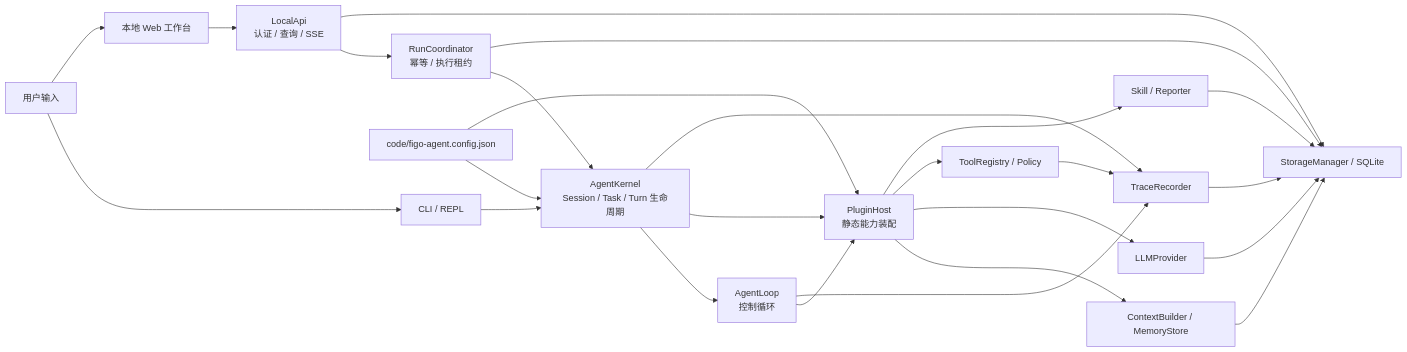
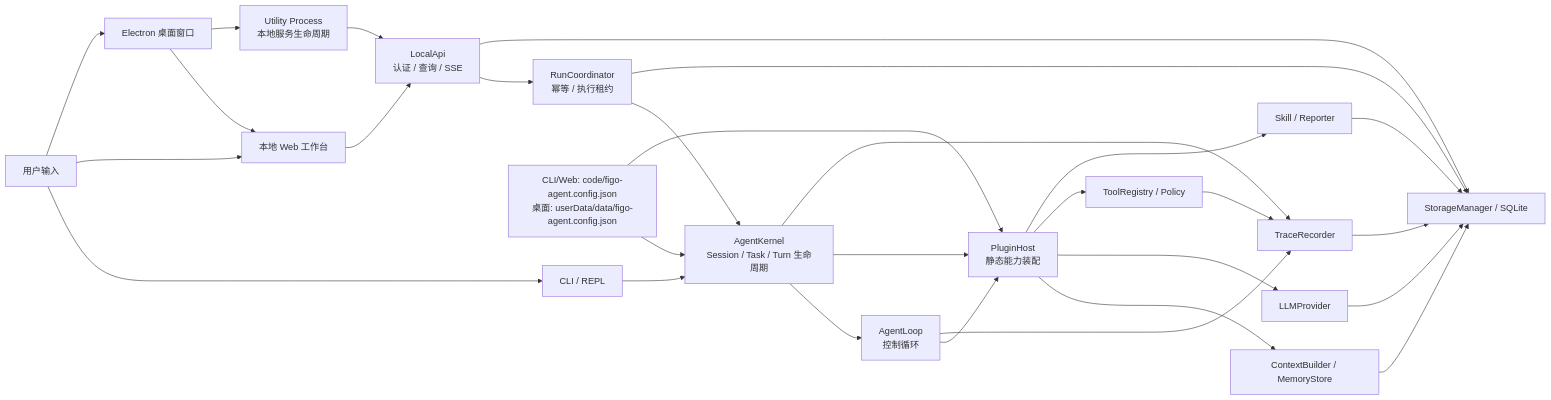
One commit to hfqf/figo-agent changed the first of 3 diagrams in readme.md. Above: the diagram before and after it, drawn with Mermaid. The commit also changed other lines of this file and 69 other files, not shown here.

````diff
--- a/readme.md
+++ b/readme.md
@@ -75,27 +87,31 @@
 ```mermaid
 flowchart LR
   User["用户输入"] --> CLI["CLI / REPL"]
   User --> Web["本地 Web 工作台"]
+  User --> Desktop["Electron 桌面窗口"]
+  Desktop --> Web
+  Desktop --> Service["Utility Process<br/>本地服务生命周期"]
+  Service --> API
   Web --> API["LocalApi<br/>认证 / 查询 / SSE"]
   API --> Run["RunCoordinator<br/>幂等 / 执行租约"]
   CLI --> Kernel["AgentKernel<br/>Session / Task / Turn 生命周期"]
   Run --> Kernel
   Kernel --> Loop["AgentLoop<br/>控制循环"]
   Kernel --> Host["PluginHost<br/>静态能力装配"]
   Loop --> Host
   Host --> Context["ContextBuilder / MemoryStore"]
   Host --> Model["LLMProvider"]
   Host --> Tools["ToolRegistry / Policy"]
   Host --> Skill["Skill / Reporter"]
   Kernel --> Trace["TraceRecorder"]
   Loop --> Trace
   Context --> Storage["StorageManager / SQLite"]
   Model --> Storage
   Tools --> Trace
   Skill --> Storage
   Trace --> Storage
   Run --> Storage
   API --> Storage
-  Config["code/figo-agent.config.json"] --> Kernel
+  Config["CLI/Web: code/figo-agent.config.json<br/>桌面: userData/data/figo-agent.config.json"] --> Kernel
   Config --> Host
 ```
````
